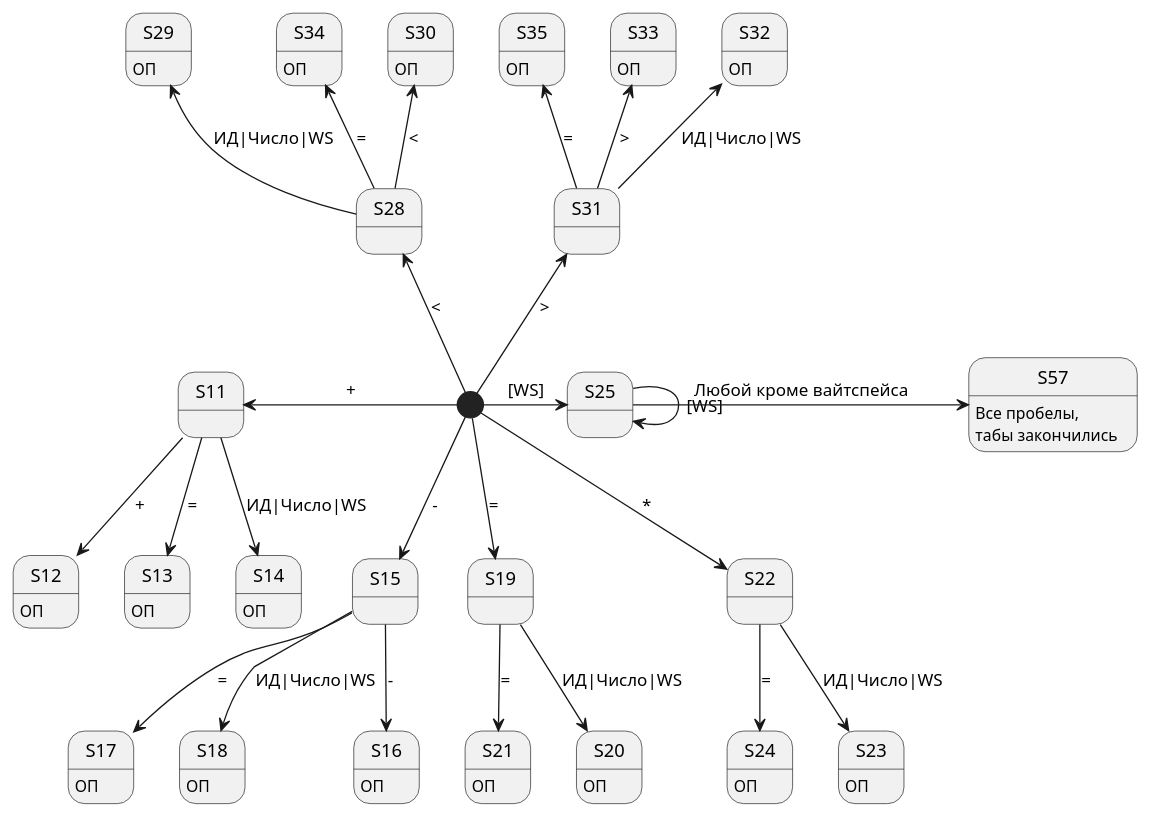
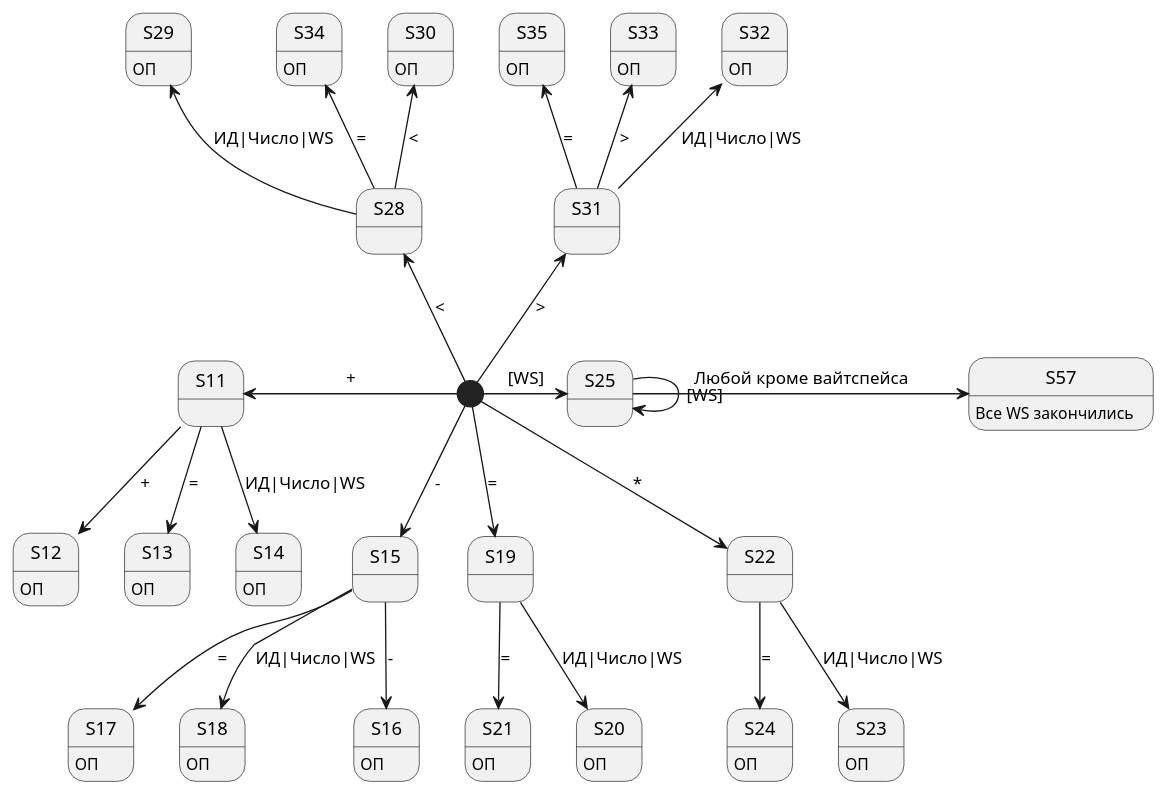
The diagram in Диаграмма состояния для ЛА/sd2.puml (vladimirlll/CSharpLexicalAnalyzer), drawn with PlantUML before and after one commit. The commit also changed 5 other files, not shown here.

```diff
--- a/Диаграмма состояния для ЛА/sd2.puml
+++ b/Диаграмма состояния для ЛА/sd2.puml
@@ -1,52 +1,52 @@
 @startuml "sd"
 
 [*] -left-> S11 : +
 S11 --> S12 : +
 S12 : ОП
 S11 --> S13 : =
 S13 : ОП
 S11 --> S14 : ИД|Число|WS
 S14 : ОП
 
 [*] --> S15 : -
 S15 --> S16 : -
 S16 : ОП
 S15 --> S17 : =
 S17 : ОП
 S15 --> S18 : ИД|Число|WS
 S18 : ОП
 
 [*] --> S19 : =
 S19 --> S20 : ИД|Число|WS
 S20 : ОП
 S19 --> S21 : =
 S21 : ОП
 
 [*] --> S22 : *
 S22 --> S23 : ИД|Число|WS
 S23 : ОП
 S22 --> S24 : =
 S24 : ОП
 
 [*] -right-> S25 : [WS]
 S25 -right-> S25 : [WS]
 S25 -right-> S57 : Любой кроме вайтспейса 
-S57 : Все пробелы,\nтабы закончились
+S57 : Все WS закончились
 
 [*] -up-> S28 : <
 S28 -up-> S29 : ИД|Число|WS
 S29 : ОП
 S28 -up-> S30 : <
 S30 : ОП
 S28 -up-> S34 : =
 S34 : ОП
 
 [*] -up-> S31 : >
 S31 -up-> S32 : ИД|Число|WS
 S32 : ОП
 S31 -up-> S33 : >
 S33 : ОП
 S31 -up-> S35 : =
 S35 : ОП
 
 @enduml
```
